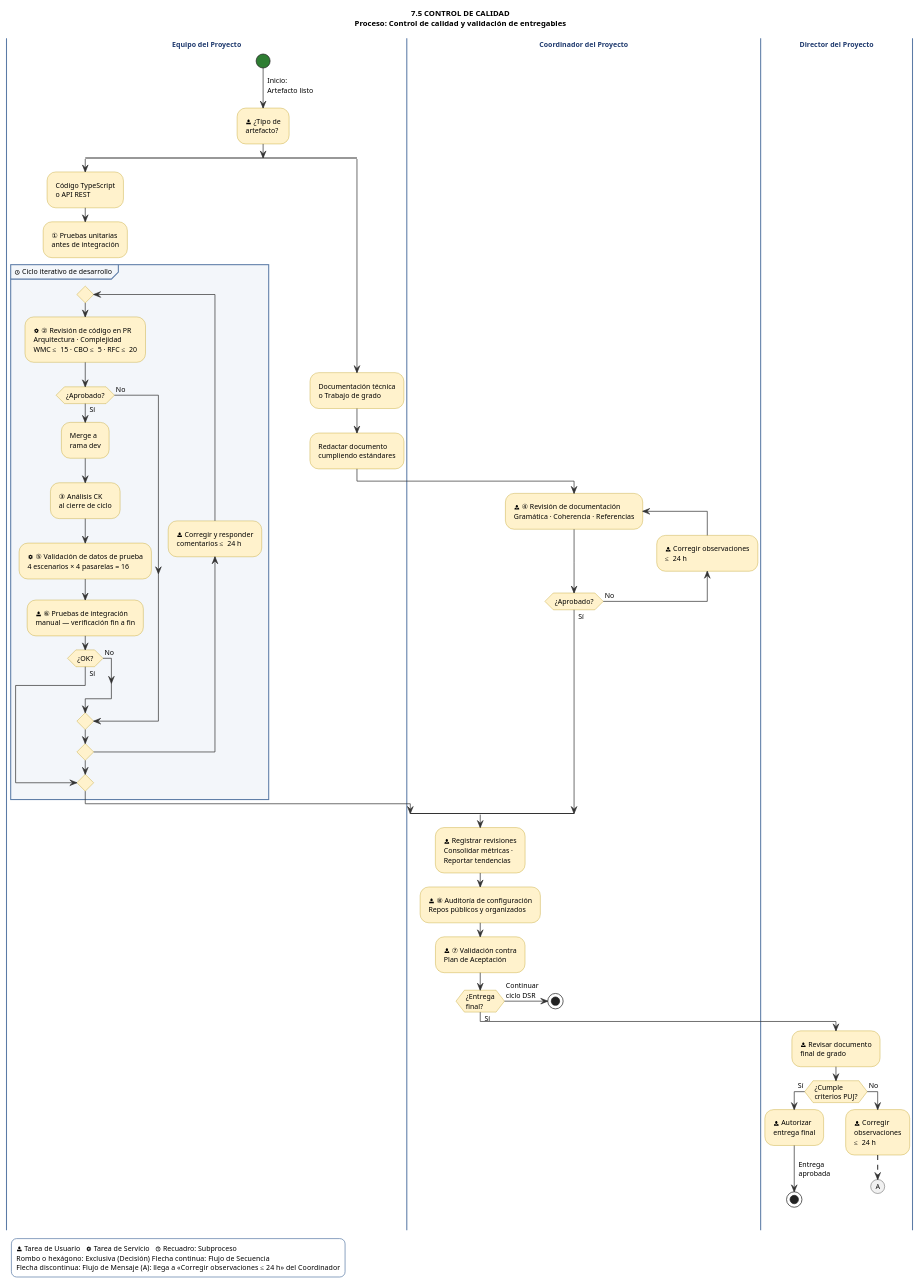
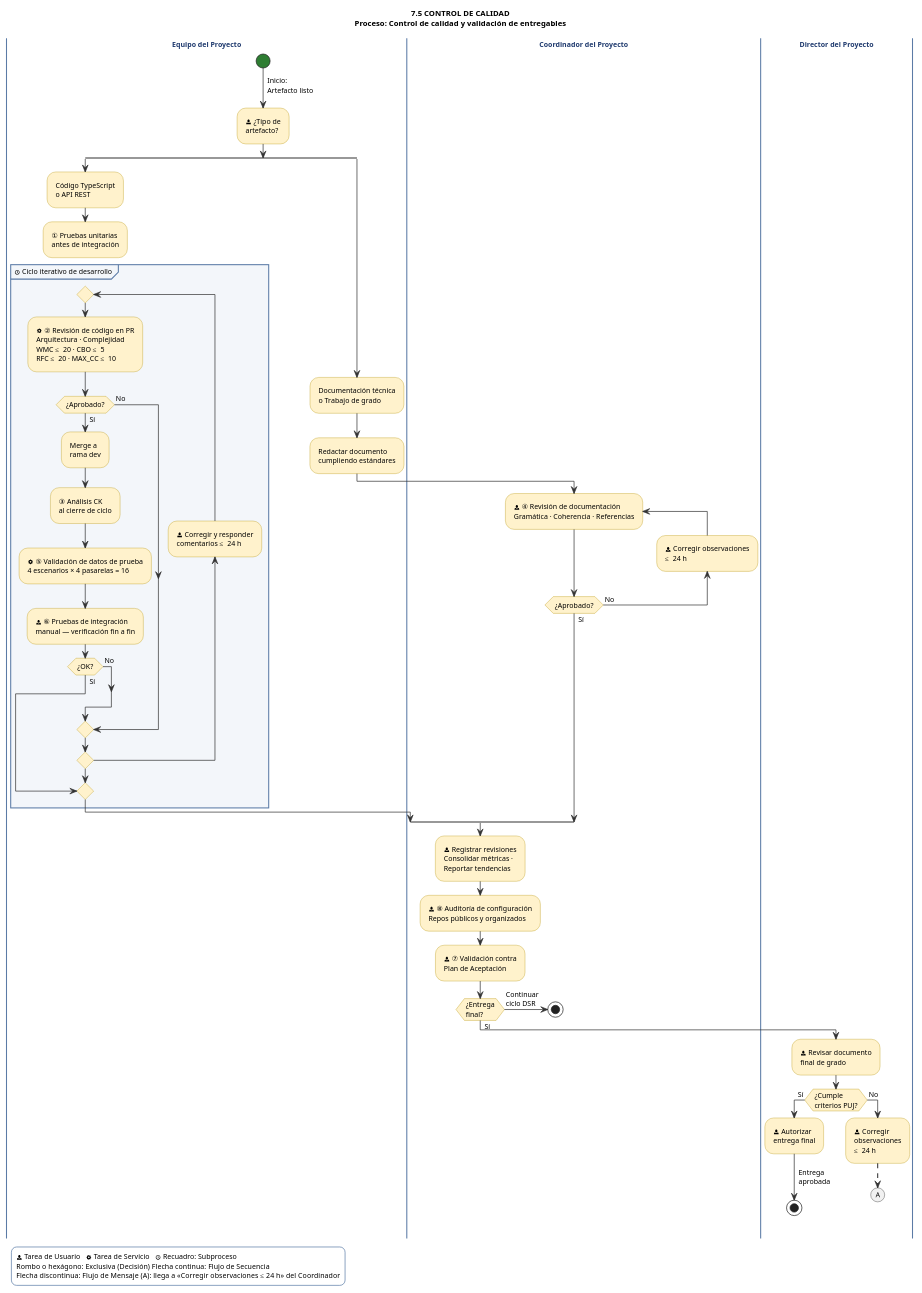
The diagram in docs/final-doc/spmp/figuras/diagrams-source/08-bpmn-calidad.puml (PurosBrothers/Kit-Pagos-Colombia---Tesis), drawn with PlantUML before and after one commit. The commit also changed 9 other files, not shown here.

First line of the commit message:
docs(docs): redraw the simulator domain figure from simulator-api/src

```diff
--- a/docs/final-doc/spmp/figuras/diagrams-source/08-bpmn-calidad.puml
+++ b/docs/final-doc/spmp/figuras/diagrams-source/08-bpmn-calidad.puml
@@ -1,97 +1,97 @@
 @startuml 08-bpmn-calidad
 skinparam backgroundColor white
 skinparam defaultFontName Helvetica
 skinparam defaultFontSize 10
 skinparam titleFontSize 11
 skinparam ArrowFontSize 10
 skinparam NoteFontSize 10
 skinparam legendFontSize 10
 skinparam swimlaneTitleFontSize 10
 skinparam wrapWidth 200
 skinparam padding 2
 skinparam ArrowColor #333333
 skinparam activity {
   BackgroundColor #FFF2CC
   BorderColor #B7950B
   DiamondBackgroundColor #FFF2CC
   DiamondBorderColor #B7950B
   StartColor #2E7D32
   EndColor #C62828
 }
 skinparam partition {
   BorderColor #5B7BA6
   FontStyle plain
 }
 skinparam swimlane {
   BorderColor #5B7BA6
   TitleFontColor #1F3A6E
   TitleFontStyle bold
 }
 skinparam legend {
   BackgroundColor white
   BorderColor #5B7BA6
 }
 
 title <b>7.5 CONTROL DE CALIDAD</b>\n<b>Proceso: Control de calidad y validación de entregables</b>
 
 |Equipo del Proyecto|
 start
 -> Inicio:\nArtefacto listo;
 :<&person> ¿Tipo de\nartefacto?;
 split
   :Código TypeScript\no API REST;
   :① Pruebas unitarias\nantes de integración;
   -[hidden]->
   partition "<&clock> Ciclo iterativo de desarrollo" #F3F6FA {
     repeat
-      :<&cog> ② Revisión de código en PR\nArquitectura · Complejidad\nWMC ≤ 15 · CBO ≤ 5 · RFC ≤ 20;
+      :<&cog> ② Revisión de código en PR\nArquitectura · Complejidad\nWMC ≤ 20 · CBO ≤ 5\nRFC ≤ 20 · MAX_CC ≤ 10;
       if (¿Aprobado?) then (Sí)
         :Merge a\nrama dev;
         :③ Análisis CK\nal cierre de ciclo;
         :<&cog> ⑤ Validación de datos de prueba\n4 escenarios × 4 pasarelas = 16;
         :<&person> ⑥ Pruebas de integración\nmanual — verificación fin a fin;
         if (¿OK?) then (Sí)
           break
         else (No)
         endif
       else (No)
       endif
     backward :<&person> Corregir y responder\ncomentarios ≤ 24 h;
     repeat while ()
   }
 split again
   :Documentación técnica\no Trabajo de grado;
   :Redactar documento\ncumpliendo estándares;
   |Coordinador del Proyecto|
   repeat :<&person> ④ Revisión de documentación\nGramática · Coherencia · Referencias;
   backward :<&person> Corregir observaciones\n≤ 24 h;
   repeat while (¿Aprobado?) is (No) not (Sí)
 end split
 |Coordinador del Proyecto|
 :<&person> Registrar revisiones\nConsolidar métricas ·\nReportar tendencias;
 :<&person> ⑧ Auditoría de configuración\nRepos públicos y organizados;
 :<&person> ⑦ Validación contra\nPlan de Aceptación;
 if (¿Entrega\nfinal?) then (No)
   -> Continuar\nciclo DSR;
   stop
 else (Sí)
   |Director del Proyecto|
   :<&person> Revisar documento\nfinal de grado;
   if (¿Cumple\ncriterios PUJ?) then (Sí)
     :<&person> Autorizar\nentrega final;
     -> Entrega\naprobada;
     stop
   else (No)
     :<&person> Corregir\nobservaciones\n≤ 24 h;
     -[dashed]->
     (A)
     detach
   endif
 endif
 
 legend bottom left
   <&person> Tarea de Usuario   <&cog> Tarea de Servicio   <&clock> Recuadro: Subproceso
   Rombo o hexágono: Exclusiva (Decisión)   Flecha continua: Flujo de Secuencia
   Flecha discontinua: Flujo de Mensaje   (A): llega a «Corregir observaciones ≤ 24 h» del Coordinador
 endlegend
 @enduml
```
